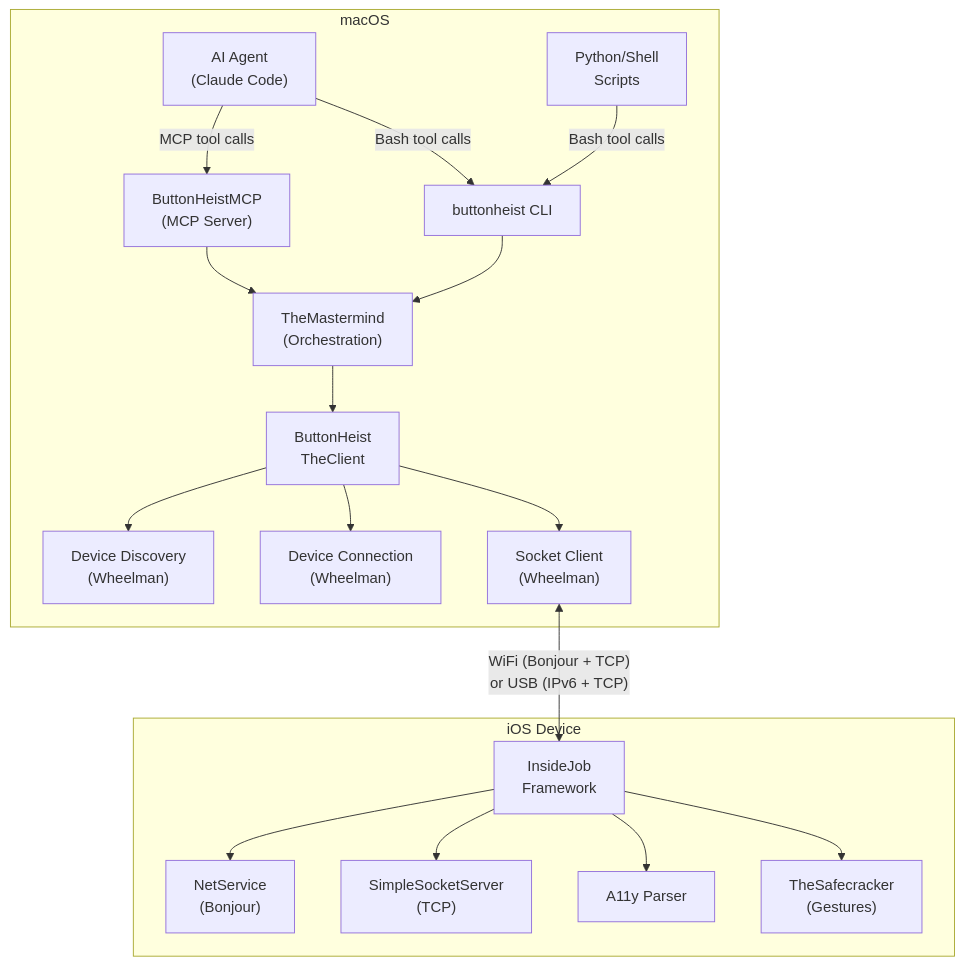
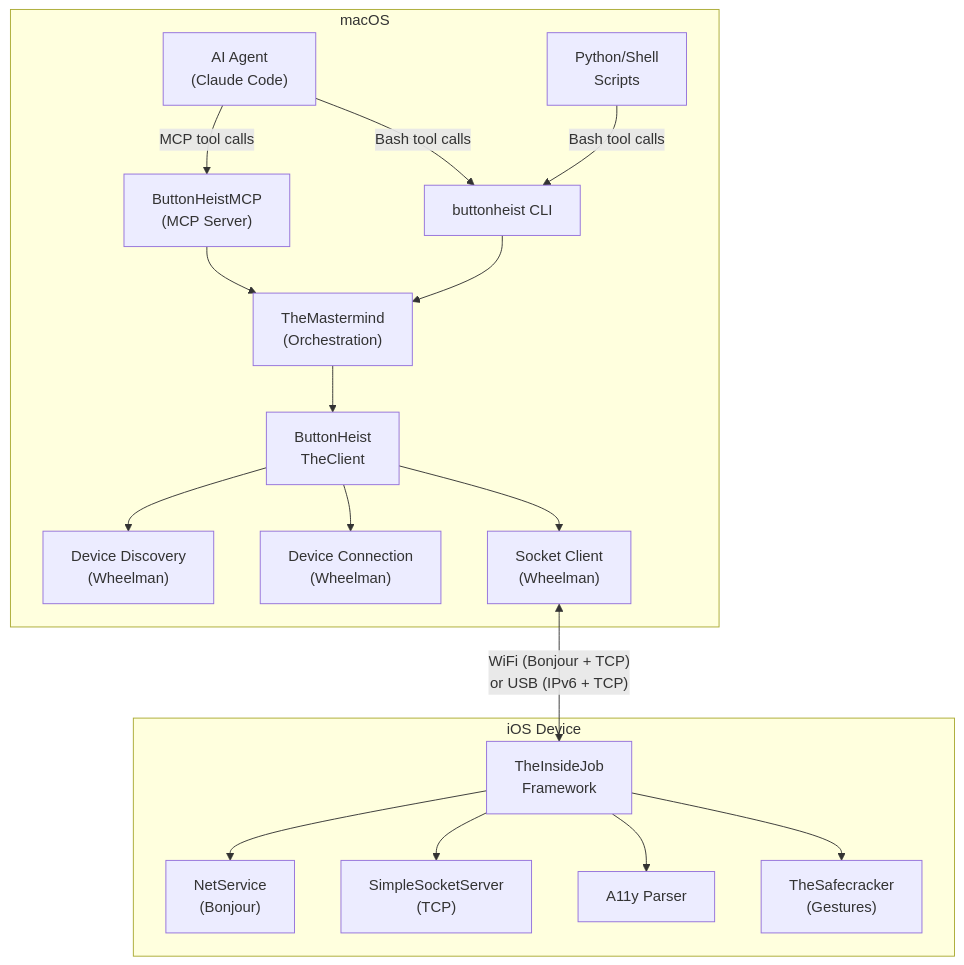
The first of 7 diagrams in docs/ARCHITECTURE.md (RoyalPineapple/TheButtonHeist), drawn with Mermaid before and after one commit. The commit also changed other lines of this file and 66 other files, not shown here.

Commit message:
Rename InsideJob to TheInsideJob (framework and class only)

````diff
--- a/docs/ARCHITECTURE.md
+++ b/docs/ARCHITECTURE.md
@@ -17,23 +17,23 @@
 ```mermaid
 graph TB
     subgraph mac["macOS"]
         Agent["AI Agent<br>(Claude Code)"] -->|MCP tool calls| MCP["ButtonHeistMCP<br>(MCP Server)"]
         Agent -->|Bash tool calls| CLI["buttonheist CLI"]
         Scripts["Python/Shell<br>Scripts"] -->|Bash tool calls| CLI
         MCP --> TM["TheMastermind<br>(Orchestration)"]
         CLI --> TM
         TM --> HC["ButtonHeist<br>TheClient"]
         HC --> DD["Device Discovery<br>(Wheelman)"]
         HC --> DC["Device Connection<br>(Wheelman)"]
         HC --> Socket["Socket Client<br>(Wheelman)"]
     end
 
     Socket <-->|"WiFi (Bonjour + TCP)<br>or USB (IPv6 + TCP)"| IJ
 
     subgraph ios["iOS Device"]
-        IJ["InsideJob<br>Framework"] --> NS["NetService<br>(Bonjour)"]
+        IJ["TheInsideJob<br>Framework"] --> NS["NetService<br>(Bonjour)"]
         IJ --> SS["SimpleSocketServer<br>(TCP)"]
         IJ --> A11y["A11y Parser"]
         IJ --> TSC["TheSafecracker<br>(Gestures)"]
     end
 ```
````
